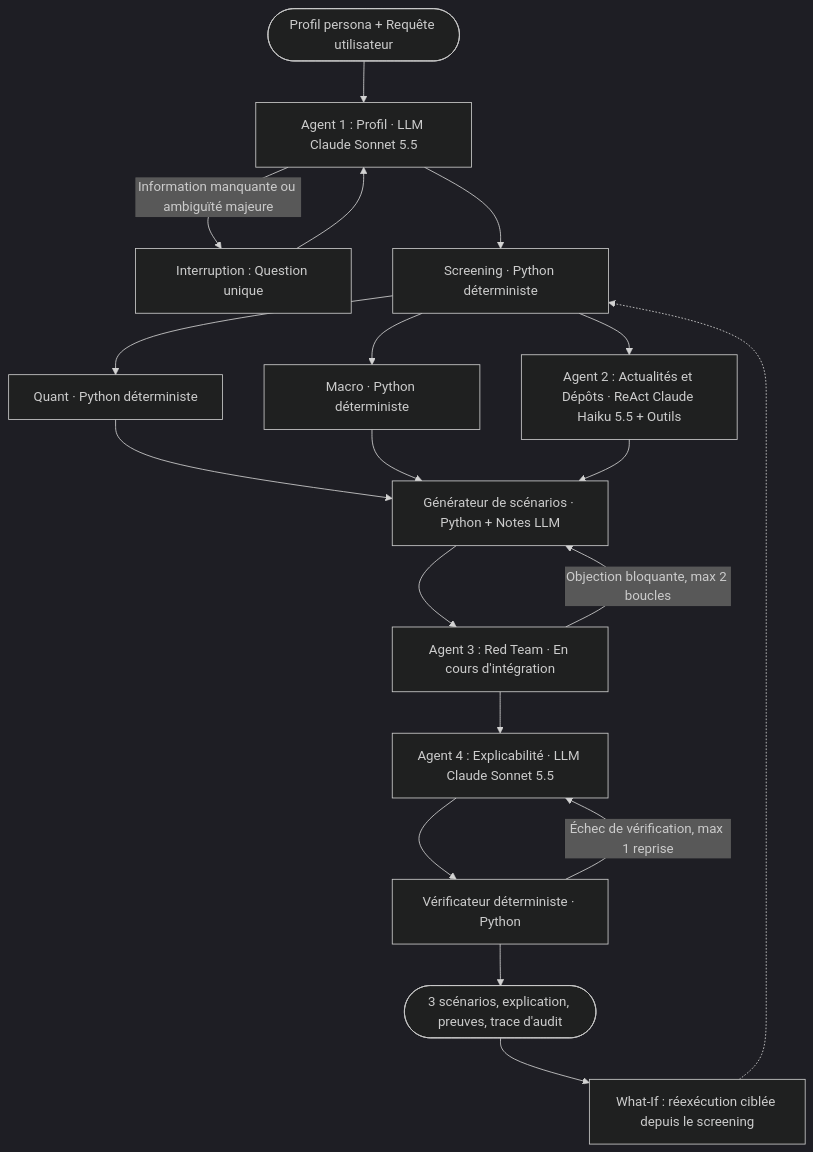
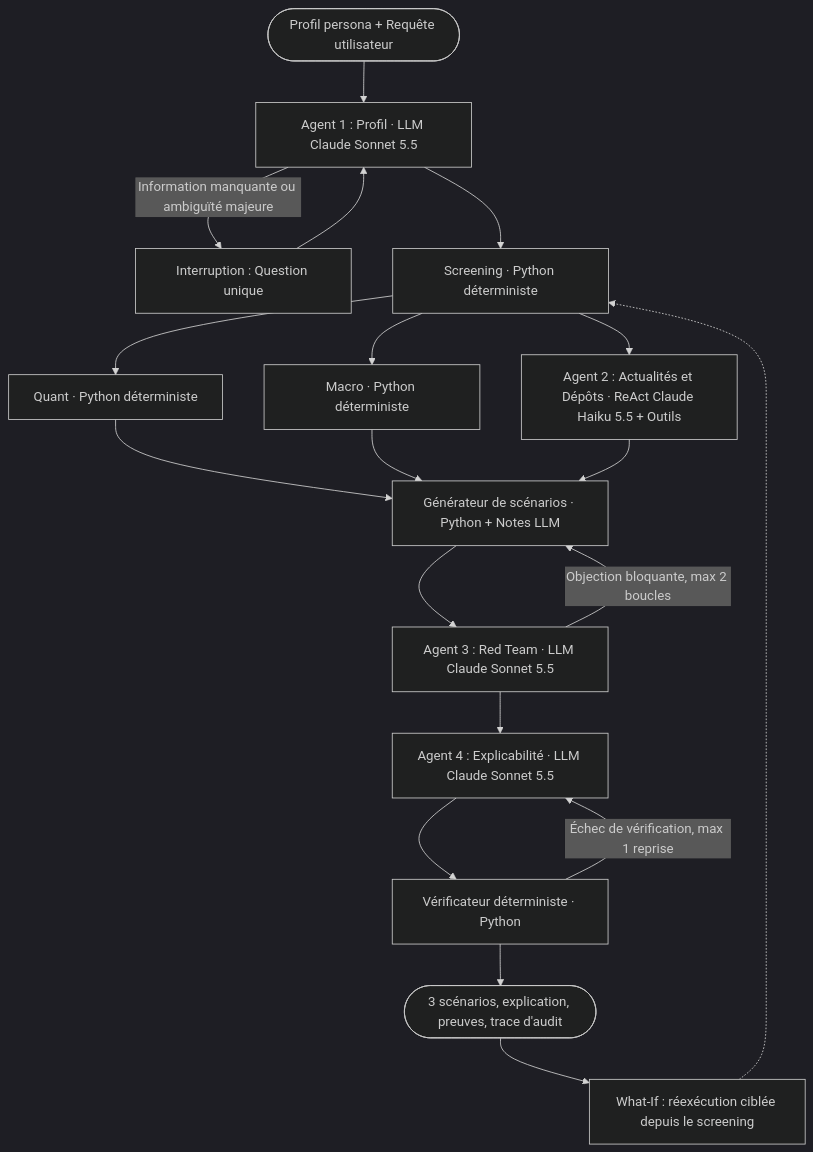
The first of 3 diagrams in docs/TECHNICAL.md (jolojo500/AlphaForge_AI), drawn with Mermaid (dark theme) before and after one commit. The commit also changed other lines of this file and 1 other file, not shown here.

Commit message:
Docs: red team (Agent 3) is integrated

````diff
--- a/docs/TECHNICAL.md
+++ b/docs/TECHNICAL.md
@@ -14,20 +14,20 @@
 ```mermaid
 flowchart TD
     IN([Profil persona + Requête utilisateur]) --> A1[Agent 1 : Profil · LLM Claude Sonnet 5.5]
     A1 -->|Information manquante ou ambiguïté majeure| ASK[Interruption : Question unique] --> A1
     A1 --> SCR[Screening · Python déterministe]
     SCR --> QA[Quant · Python déterministe]
     SCR --> MA[Macro · Python déterministe]
     SCR --> EV[Agent 2 : Actualités et Dépôts · ReAct Claude Haiku 5.5 + Outils]
     QA --> SB[Générateur de scénarios · Python + Notes LLM]
     MA --> SB
     EV --> SB
-    SB --> A3[Agent 3 : Red Team · En cours d'intégration]
+    SB --> A3[Agent 3 : Red Team · LLM Claude Sonnet 5.5]
     A3 -->|Objection bloquante, max 2 boucles| SB
     A3 --> A4[Agent 4 : Explicabilité · LLM Claude Sonnet 5.5]
     A4 --> VER[Vérificateur déterministe · Python]
     VER -->|Échec de vérification, max 1 reprise| A4
     VER --> OUT([3 scénarios, explication, preuves, trace d'audit])
     OUT --> WI[What-If : réexécution ciblée depuis le screening]
     WI -.-> SCR
 ```
````
